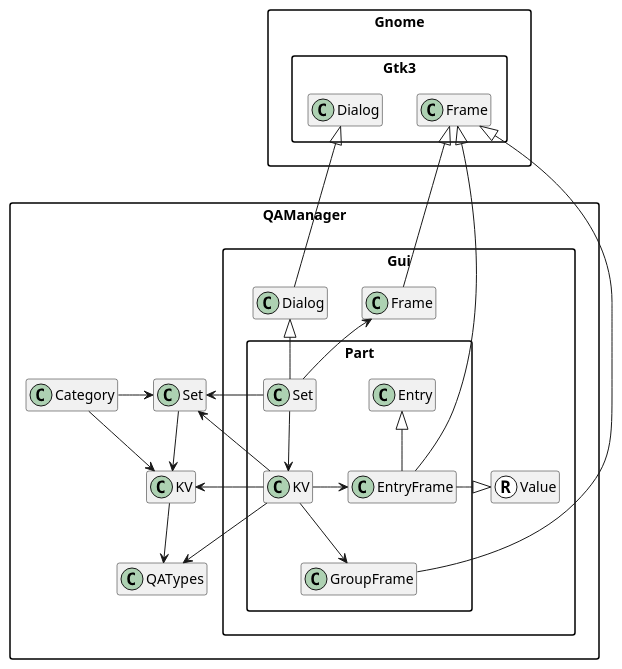
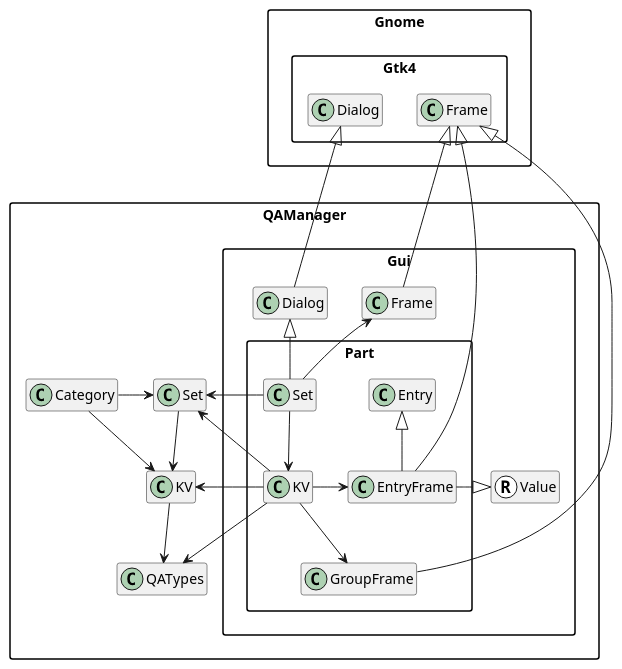
Before and after one commit to MARTIMM/question-answer: the diagram in doc/plantuml/structure-demodialog.puml, drawn with PlantUML. The commit also changed 46 other files, not shown here.

```diff
--- a/doc/plantuml/structure-demodialog.puml
+++ b/doc/plantuml/structure-demodialog.puml
@@ -1,37 +1,37 @@
 'scale 0.9
 skinparam packageStyle rectangle
 set namespaceSeparator ::
 hide members
 
 'title the set demo dialog
 
 QAManager::Category -> QAManager::Set
 QAManager::Category --> QAManager::KV
 
 QAManager::Set --> QAManager::KV
 
 QAManager::KV --> QAManager::QATypes
 
-Gnome::Gtk3::Dialog <|-- QAManager::Gui::Dialog
+Gnome::Gtk4::Dialog <|-- QAManager::Gui::Dialog
 QAManager::Gui::Dialog <|-- QAManager::Gui::Part::Set
 
 QAManager::Gui::Part::Set -> QAManager::Set
 QAManager::Gui::Part::Set --> QAManager::Gui::Part::KV
 
 QAManager::Gui::Frame <-- QAManager::Gui::Part::Set
-Gnome::Gtk3::Frame <|-- QAManager::Gui::Frame
+Gnome::Gtk4::Frame <|-- QAManager::Gui::Frame
 
 QAManager::Gui::Part::KV --> QAManager::QATypes
 QAManager::Gui::Part::KV -> QAManager::KV
 QAManager::Set <-- QAManager::Gui::Part::KV
 QAManager::Gui::Part::KV --> QAManager::Gui::Part::GroupFrame
 QAManager::Gui::Part::KV -> QAManager::Gui::Part::EntryFrame
 
-Gnome::Gtk3::Frame <|----- QAManager::Gui::Part::GroupFrame
-Gnome::Gtk3::Frame <|----- QAManager::Gui::Part::EntryFrame
+Gnome::Gtk4::Frame <|----- QAManager::Gui::Part::GroupFrame
+Gnome::Gtk4::Frame <|----- QAManager::Gui::Part::EntryFrame
 
 class QAManager::Gui::Value <<(R,White)>>
 'hide <<Role>> circle
 QAManager::Gui::Part::EntryFrame -|> QAManager::Gui::Value
 
 QAManager::Gui::Part::Entry <|-- QAManager::Gui::Part::EntryFrame
```
